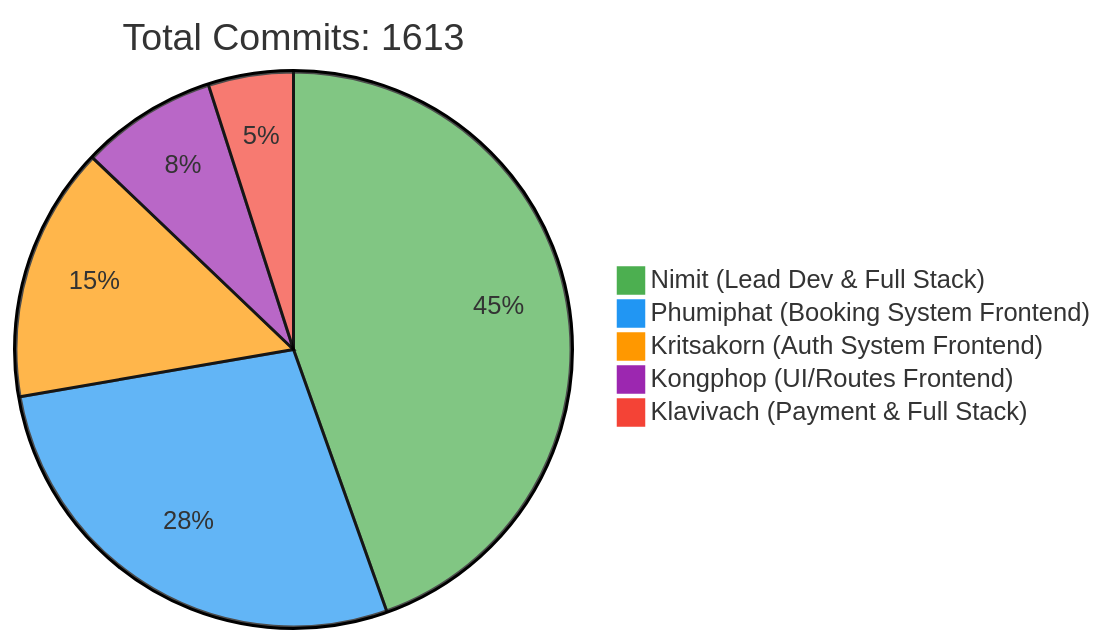
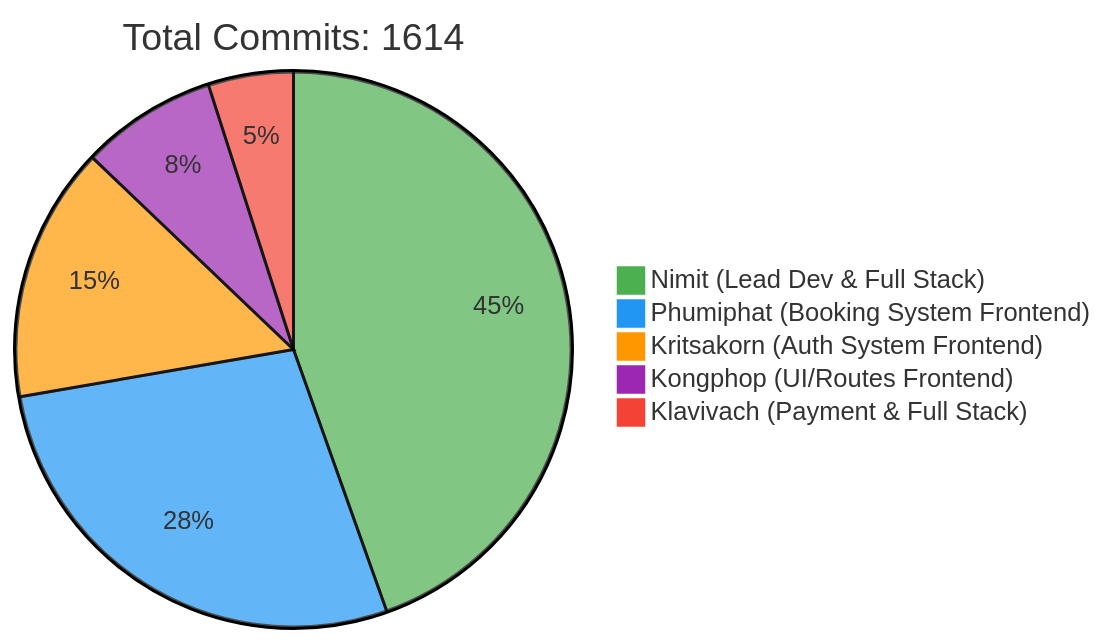
One commit to 6531503042/Sport-Complex changed the first of 2 diagrams in README.md. Above: the diagram before and after it, drawn with Mermaid. The commit also changed other lines of this file, not shown here.

Commit message:
docs: Update contributor statistics [skip ci]

````diff
--- a/README.md
+++ b/README.md
@@ -257,10 +257,10 @@
 ```mermaid
 %%{init: {'theme': 'base', 'themeVariables': { 'pie1': '#4CAF50', 'pie2': '#2196F3', 'pie3': '#FF9800', 'pie4': '#9C27B0', 'pie5': '#F44336'}}}%%
 pie
-    title Total Commits: 1613
+    title Total Commits: 1614
     "Nimit (Lead Dev & Full Stack)" : 450
     "Phumiphat (Booking System Frontend)" : 280
     "Kritsakorn (Auth System Frontend)" : 150
     "Kongphop (UI/Routes Frontend)" : 80
     "Klavivach (Payment & Full Stack)" : 50
 ```
````
